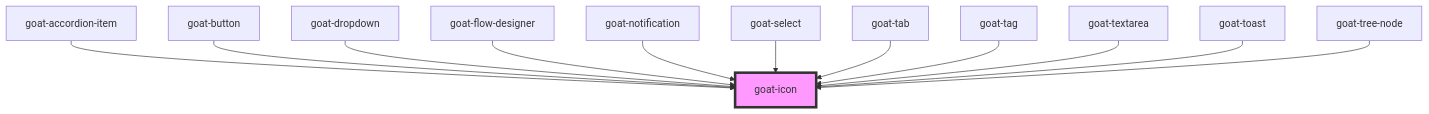
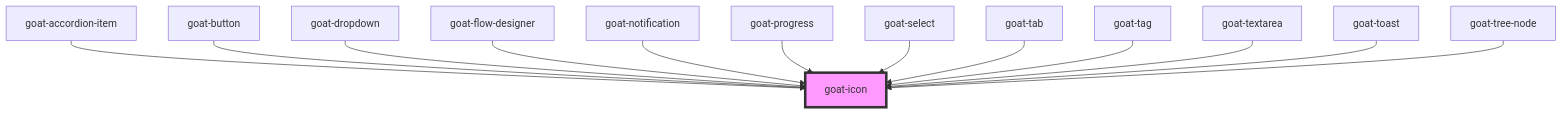
One commit to goatui/components changed the diagram in src/components/general/icon/readme.md. Above: the diagram before and after it, drawn with Mermaid. The commit also changed other lines of this file and 13 other files, not shown here.

````diff
--- a/src/components/general/icon/readme.md
+++ b/src/components/general/icon/readme.md
@@ -33,15 +34,16 @@
 ```mermaid
 graph TD;
   goat-accordion-item --> goat-icon
   goat-button --> goat-icon
   goat-dropdown --> goat-icon
   goat-flow-designer --> goat-icon
   goat-notification --> goat-icon
+  goat-progress --> goat-icon
   goat-select --> goat-icon
   goat-tab --> goat-icon
   goat-tag --> goat-icon
   goat-textarea --> goat-icon
   goat-toast --> goat-icon
   goat-tree-node --> goat-icon
   style goat-icon fill:#f9f,stroke:#333,stroke-width:4px
 ```
````
